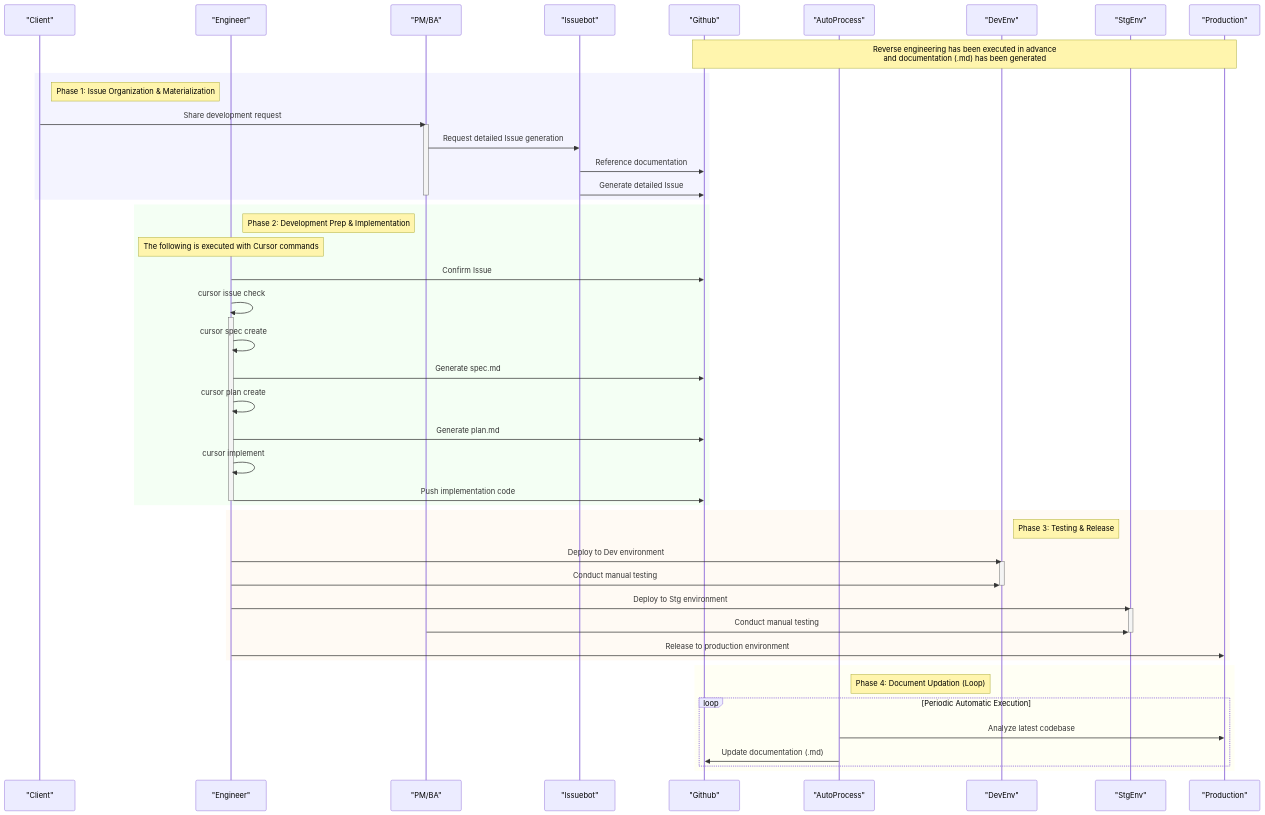
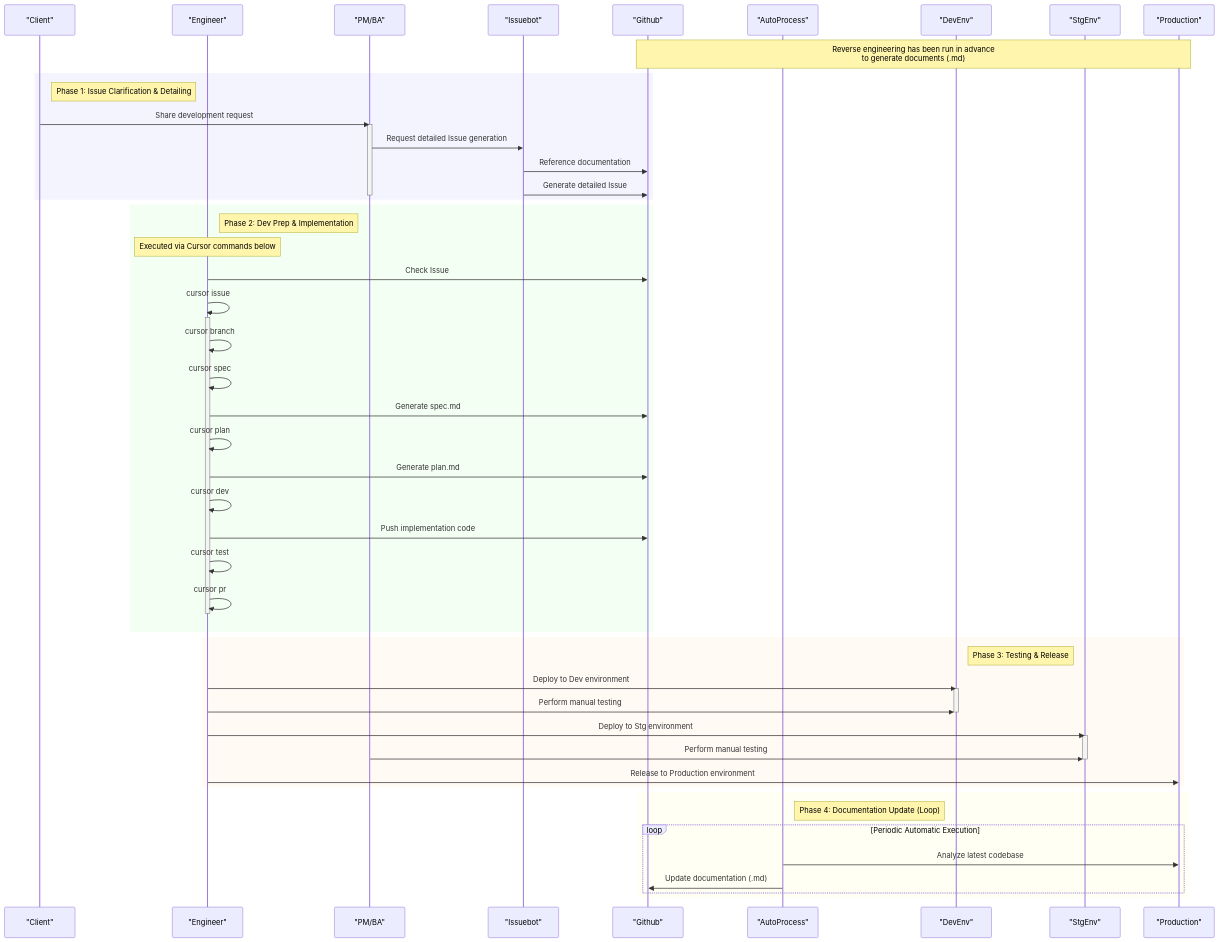
The diagram in docs/AI_driven_dedelopment/workflow.md (TeckVeho/wiki), drawn with Mermaid before and after one commit. The commit also changed other lines of this file, not shown here.

````diff
--- a/docs/AI_driven_dedelopment/workflow.md
+++ b/docs/AI_driven_dedelopment/workflow.md
@@ -75,67 +97,70 @@
 ```mermaid
 sequenceDiagram
-    %% Actor characters (Blue tones)
+    %% Human Actors (Blue tones)
     participant Client as "Client" #B0C4DE
     participant Engineer as "Engineer" #87CEEB
     participant PMBA as "PM/BA" #1E90FF
 
     %% Tools/Services (Green tones)
     participant Issuebot as "Issuebot" #90EE90
     participant Github as "Github" #32CD32
     participant AutoProcess as "AutoProcess" #228B22
 
     %% Environments (Orange tones)
     participant DevEnv as "DevEnv" #FFD580
     participant StgEnv as "StgEnv" #FFB347
     participant Production as "Production" #FF8C00
 
-    Note over Production,Github: Reverse engineering has been executed in advance<br/>and documentation (.md) has been generated
+    Note over Production,Github: Reverse engineering has been run in advance<br>to generate documents (.md)
 
     rect rgba(200, 200, 255, 0.2)
-    Note right of Client: Phase 1: Issue Organization & Materialization
+    Note right of Client: Phase 1: Issue Clarification & Detailing
         Client->>PMBA: Share development request
         activate PMBA
         PMBA->>Issuebot: Request detailed Issue generation
         Issuebot->>Github: Reference documentation
         Issuebot->>Github: Generate detailed Issue
         deactivate PMBA
     end
 
     rect rgba(200, 255, 200, 0.2)
-    Note right of Engineer: Phase 2: Development Prep & Implementation
-        Note over Engineer: The following is executed with Cursor commands
-        Engineer->>Github: Confirm Issue
-        Engineer->>Engineer: cursor issue check
+    Note right of Engineer: Phase 2: Dev Prep & Implementation
+        Note over Engineer: Executed via Cursor commands below
+        Engineer->>Github: Check Issue
+        Engineer->>Engineer: cursor issue
         activate Engineer
-        Engineer->>Engineer: cursor spec create
+        Engineer->>Engineer: cursor branch
+        Engineer->>Engineer: cursor spec
         Engineer->>Github: Generate spec.md
-        Engineer->>Engineer: cursor plan create
+        Engineer->>Engineer: cursor plan
         Engineer->>Github: Generate plan.md
-        Engineer->>Engineer: cursor implement
+        Engineer->>Engineer: cursor dev
         Engineer->>Github: Push implementation code
+        Engineer->>Engineer: cursor test
+        Engineer->>Engineer: cursor pr
         deactivate Engineer
     end
 
     rect rgba(255, 230, 200, 0.2)
     Note right of DevEnv: Phase 3: Testing & Release
         Engineer->>DevEnv: Deploy to Dev environment
         activate DevEnv
-        Engineer->>DevEnv: Conduct manual testing
+        Engineer->>DevEnv: Perform manual testing
         deactivate DevEnv
 
         Engineer->>StgEnv: Deploy to Stg environment
         activate StgEnv
-        PMBA->>StgEnv: Conduct manual testing
+        PMBA->>StgEnv: Perform manual testing
         deactivate StgEnv
 
-        Engineer->>Production: Release to production environment
+        Engineer->>Production: Release to Production environment
     end
 
     rect rgba(255, 255, 200, 0.2)
-    Note right of AutoProcess: Phase 4: Document Updation (Loop)
+    Note right of AutoProcess: Phase 4: Documentation Update (Loop)
         loop Periodic Automatic Execution
             AutoProcess->>Production: Analyze latest codebase
             AutoProcess->>Github: Update documentation (.md)
         end
     end
 ```
````
